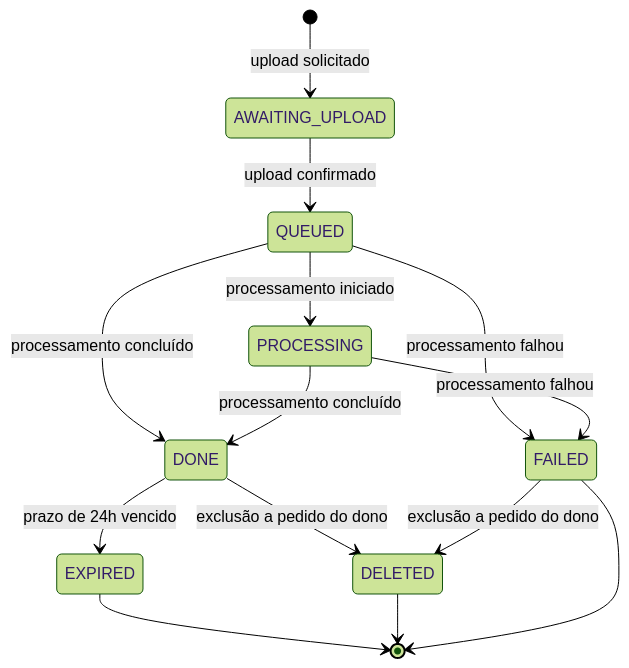
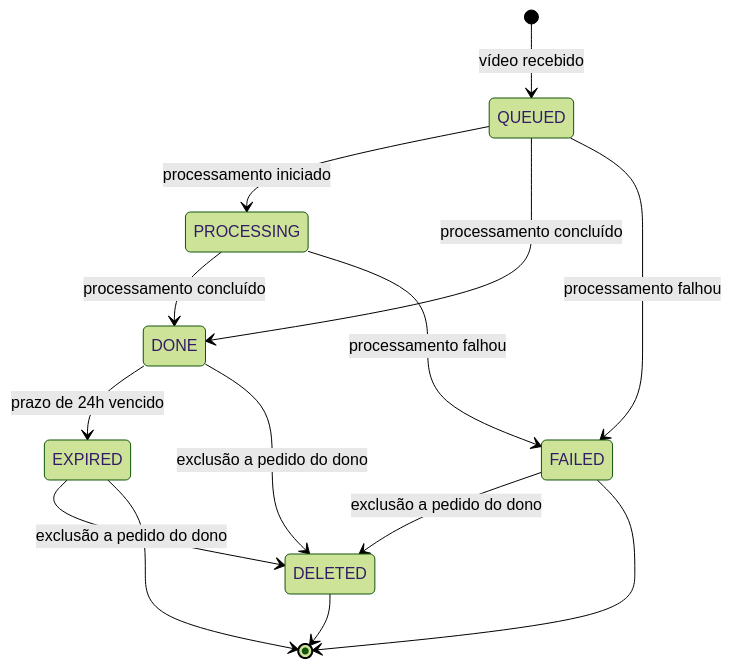
Before and after one commit to knzt/zipframes: the second of 2 diagrams in docs/domain/dominio.md, drawn with Mermaid (forest theme). The commit also changed other lines of this file and 167 other files, not shown here.

````diff
--- a/docs/domain/dominio.md
+++ b/docs/domain/dominio.md
@@ -114,16 +113,16 @@
 ```mermaid
 stateDiagram-v2
-  [*] --> AWAITING_UPLOAD: upload solicitado
-  AWAITING_UPLOAD --> QUEUED: upload confirmado
+  [*] --> QUEUED: vídeo recebido
   QUEUED --> PROCESSING: processamento iniciado
   QUEUED --> DONE: processamento concluído
   QUEUED --> FAILED: processamento falhou
   PROCESSING --> DONE: processamento concluído
   PROCESSING --> FAILED: processamento falhou
   DONE --> EXPIRED: prazo de 24h vencido
   DONE --> DELETED: exclusão a pedido do dono
   FAILED --> DELETED: exclusão a pedido do dono
+  EXPIRED --> DELETED: exclusão a pedido do dono
   EXPIRED --> [*]
   DELETED --> [*]
   FAILED --> [*]
 ```
````
